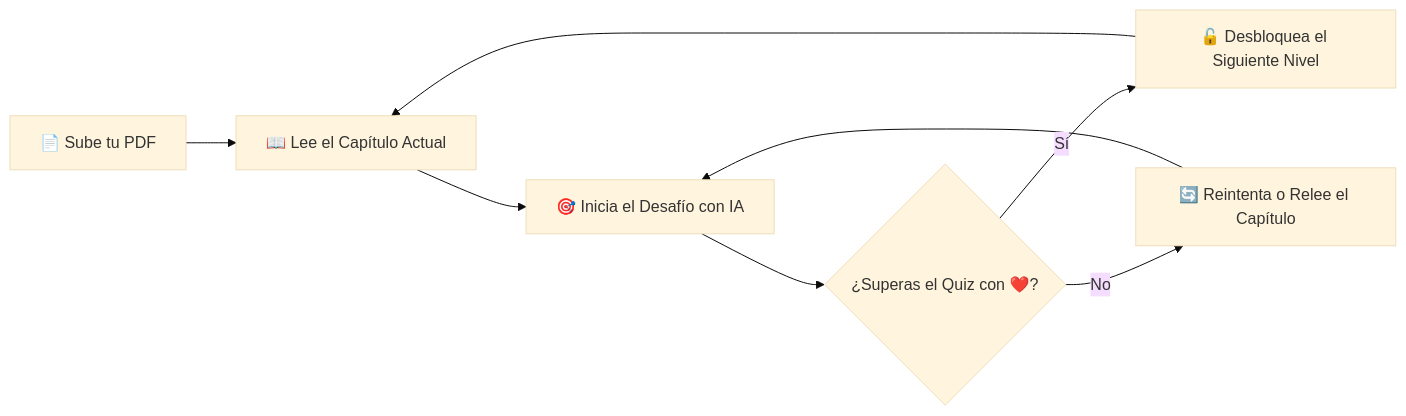
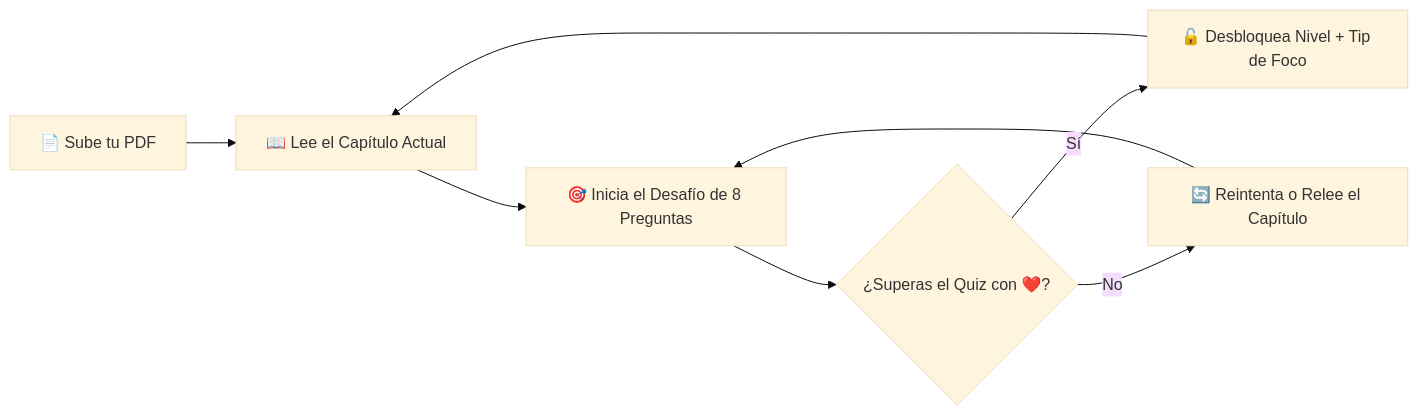
The diagram in README.md (FelipeRomeroDUOC/CoderCup-Lecturama), drawn with Mermaid (base theme) before and after one commit. The commit also changed other lines of this file and 1 other file, not shown here.

````diff
--- a/README.md
+++ b/README.md
@@ -55,10 +60,10 @@
 ```mermaid
 graph LR
     A[📄 Sube tu PDF] --> B[📖 Lee el Capítulo Actual]
-    B --> C[🎯 Inicia el Desafío con IA]
+    B --> C[🎯 Inicia el Desafío de 8 Preguntas]
     C --> D{¿Superas el Quiz con ❤️?}
-    D -- Sí --> E[🔓 Desbloquea el Siguiente Nivel]
+    D -- Sí --> E[🔓 Desbloquea Nivel + Tip de Foco]
     D -- No --> F[🔄 Reintenta o Relee el Capítulo]
     F --> C
     E --> B
 ```
````
